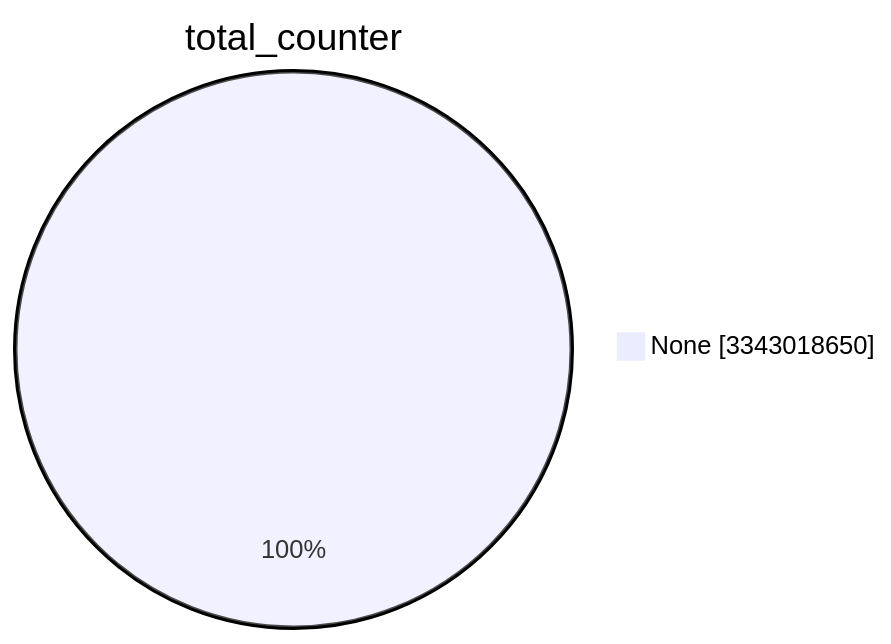
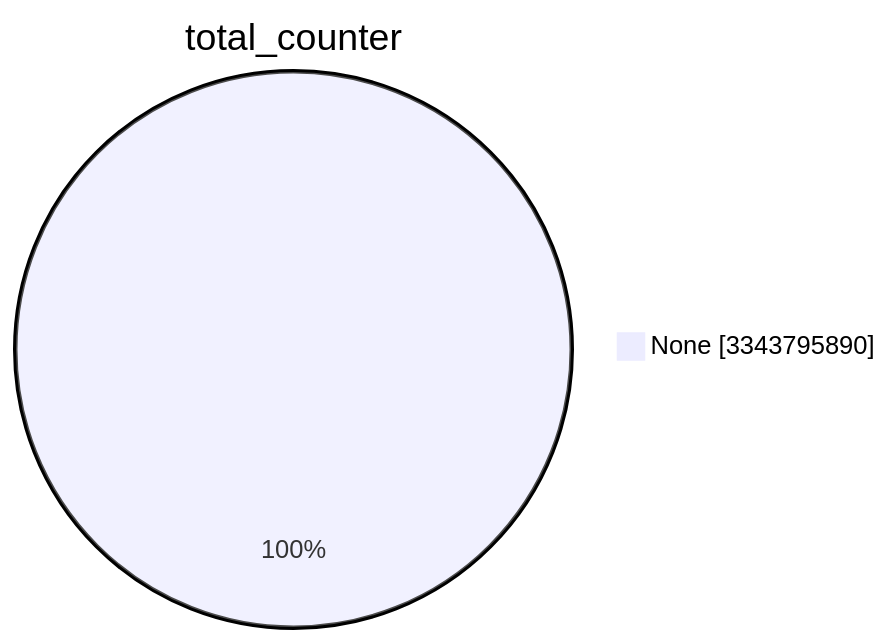
Before and after one commit to christiankrug/ctmonitor_visualization: the first of 15 diagrams in TOTAL/README.md, drawn with Mermaid. The commit also changed other lines of this file, not shown here.

````diff
--- a/TOTAL/README.md
+++ b/TOTAL/README.md
@@ -1,5 +1,5 @@
 ```mermaid
 pie showData
 title total_counter
-"None" :3343018650
+"None" :3343795890
 ```
````
